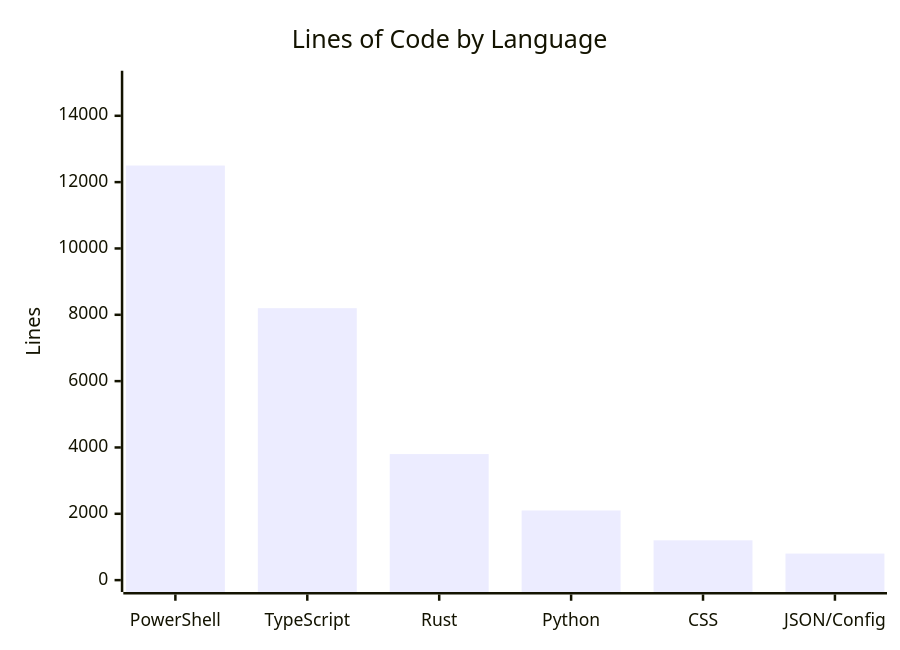
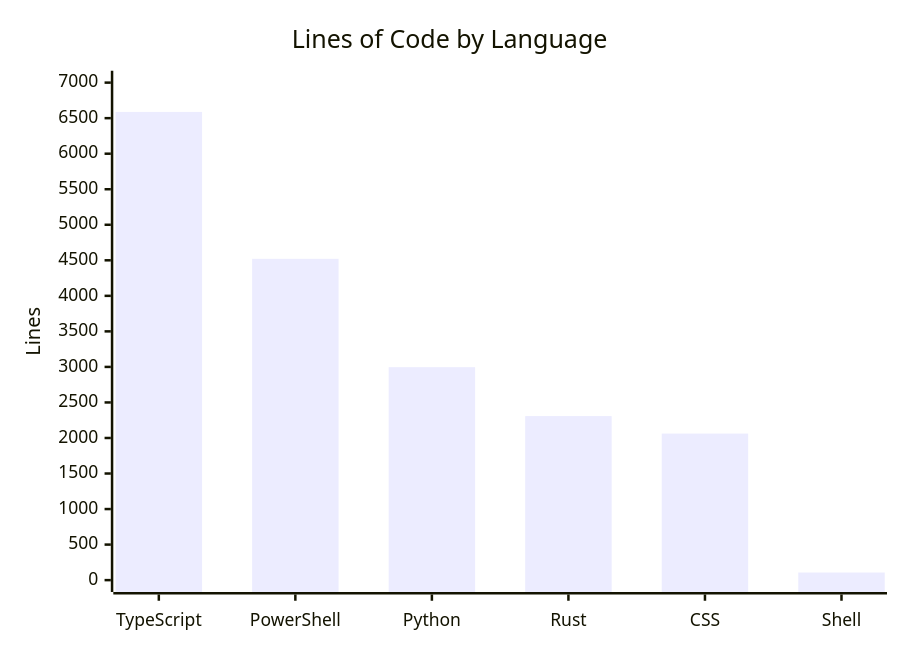
The first of 2 diagrams in droid-wiki/by-the-numbers.md (vijaytank/llm-manager), drawn with Mermaid before and after one commit. The commit also changed other lines of this file and 30 other files, not shown here.

````diff
--- a/droid-wiki/by-the-numbers.md
+++ b/droid-wiki/by-the-numbers.md
@@ -11,7 +11,7 @@
 ```mermaid
 xychart-beta
     title "Lines of Code by Language"
-    x-axis ["PowerShell", "TypeScript", "Rust", "Python", "CSS", "JSON/Config"]
-    y-axis "Lines" 0 --> 15000
-    bar [12500, 8200, 3800, 2100, 1200, 800]
+    x-axis ["TypeScript", "PowerShell", "Python", "Rust", "CSS", "Shell"]
+    y-axis "Lines" 0 --> 7000
+    bar [6588, 4521, 2996, 2308, 2062, 107]
 ```
````
